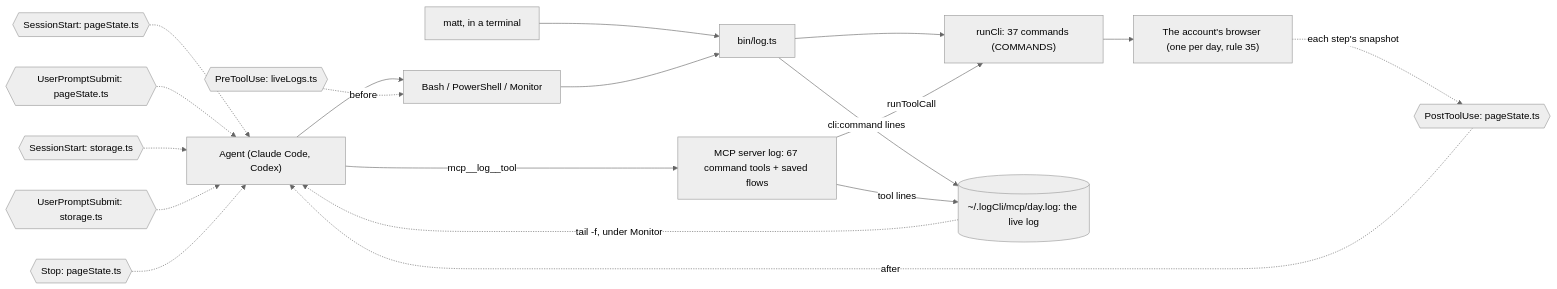
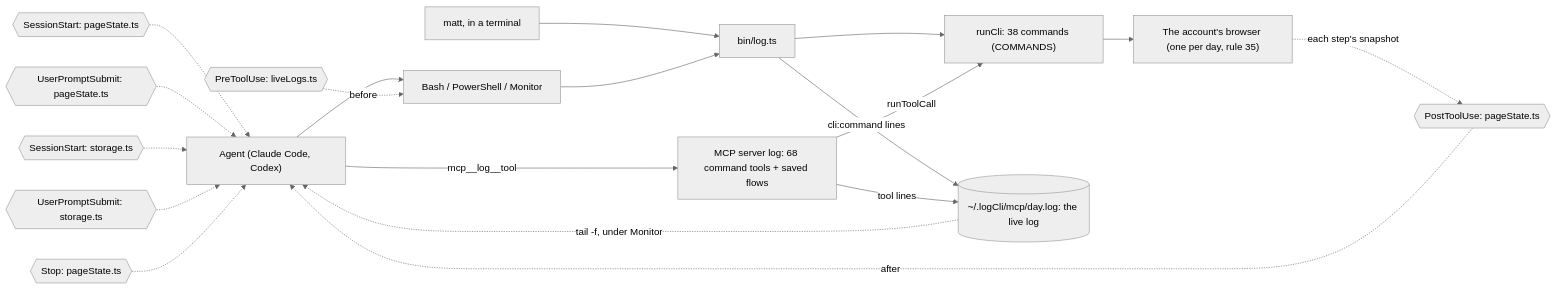
One commit to matthewdonsemail-lab/log changed the second of 5 diagrams in README.md. Above: the diagram before and after it, drawn with Mermaid (neutral theme). The commit also changed other lines of this file and 45 other files, not shown here.

Commit message:
feat: deterministic flows: one scored control match per step, every step waits on Facebook's answer, log facebook preflight before any browser opens (rule 79)

````diff
--- a/README.md
+++ b/README.md
@@ -128,29 +128,29 @@
 ```mermaid
 flowchart LR
   agent["Agent (Claude Code, Codex)"]
   matt["matt, in a terminal"]
   shell["Bash / PowerShell / Monitor"]
-  mcp["MCP server log: 67 command tools + saved flows"]
+  mcp["MCP server log: 68 command tools + saved flows"]
   bin["bin/log.ts"]
-  runCli["runCli: 37 commands (COMMANDS)"]
+  runCli["runCli: 38 commands (COMMANDS)"]
   live[("~/.logCli/mcp/day.log: the live log")]
   browser["The account's browser (one per day, rule 35)"]
   agent --> shell
   matt --> bin
   shell --> bin
   agent -->|mcp__log__tool| mcp
   bin --> runCli
   mcp -->|runToolCall| runCli
   runCli --> browser
   bin -->|cli:command lines| live
   mcp -->|tool lines| live
   live -.->|tail -f, under Monitor| agent
   pre0{{"PreToolUse: liveLogs.ts"}} -.->|before| shell
   post0{{"PostToolUse: pageState.ts"}} -.->|after| agent
   turn0{{"SessionStart: pageState.ts"}} -.-> agent
   turn1{{"UserPromptSubmit: pageState.ts"}} -.-> agent
   turn2{{"SessionStart: storage.ts"}} -.-> agent
   turn3{{"UserPromptSubmit: storage.ts"}} -.-> agent
   turn4{{"Stop: pageState.ts"}} -.-> agent
   browser -.->|each step's snapshot| post0
 ```
````
